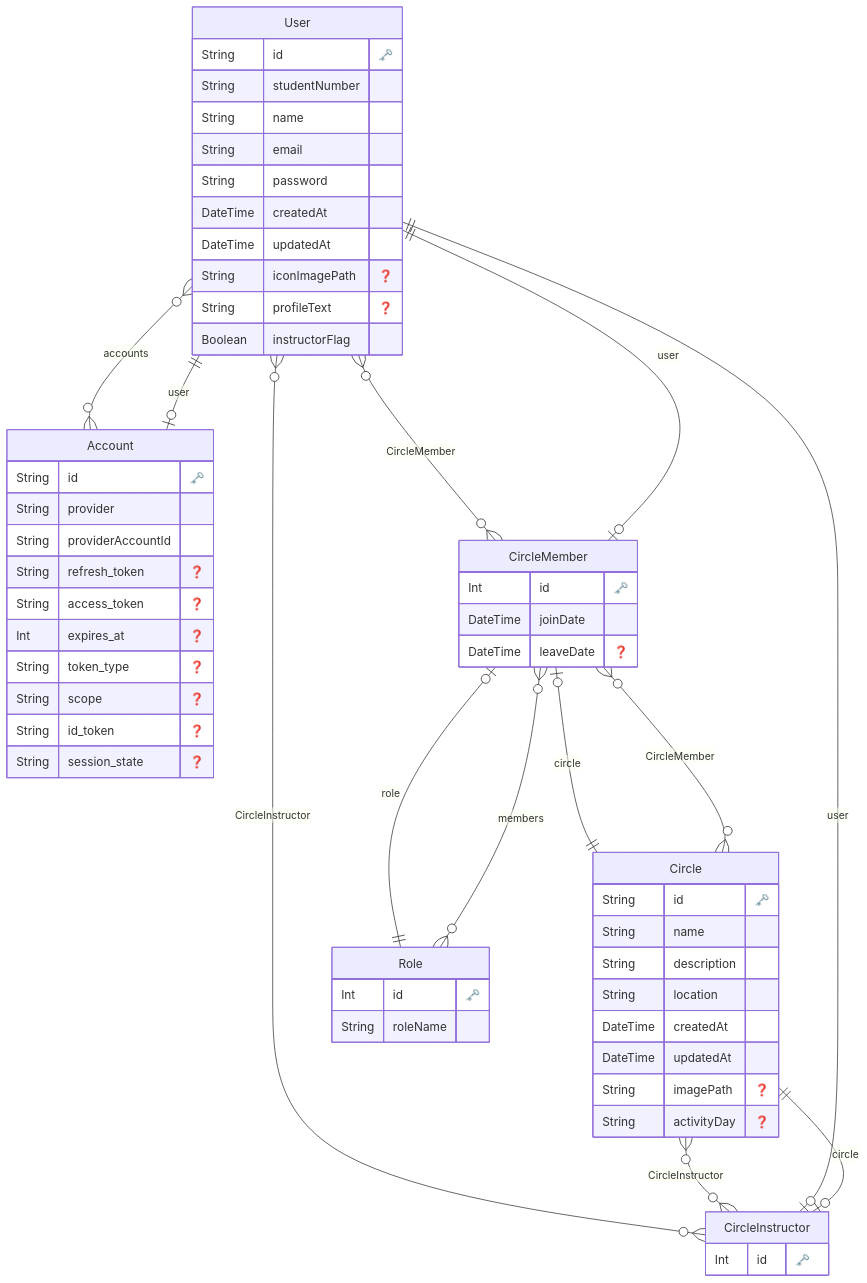
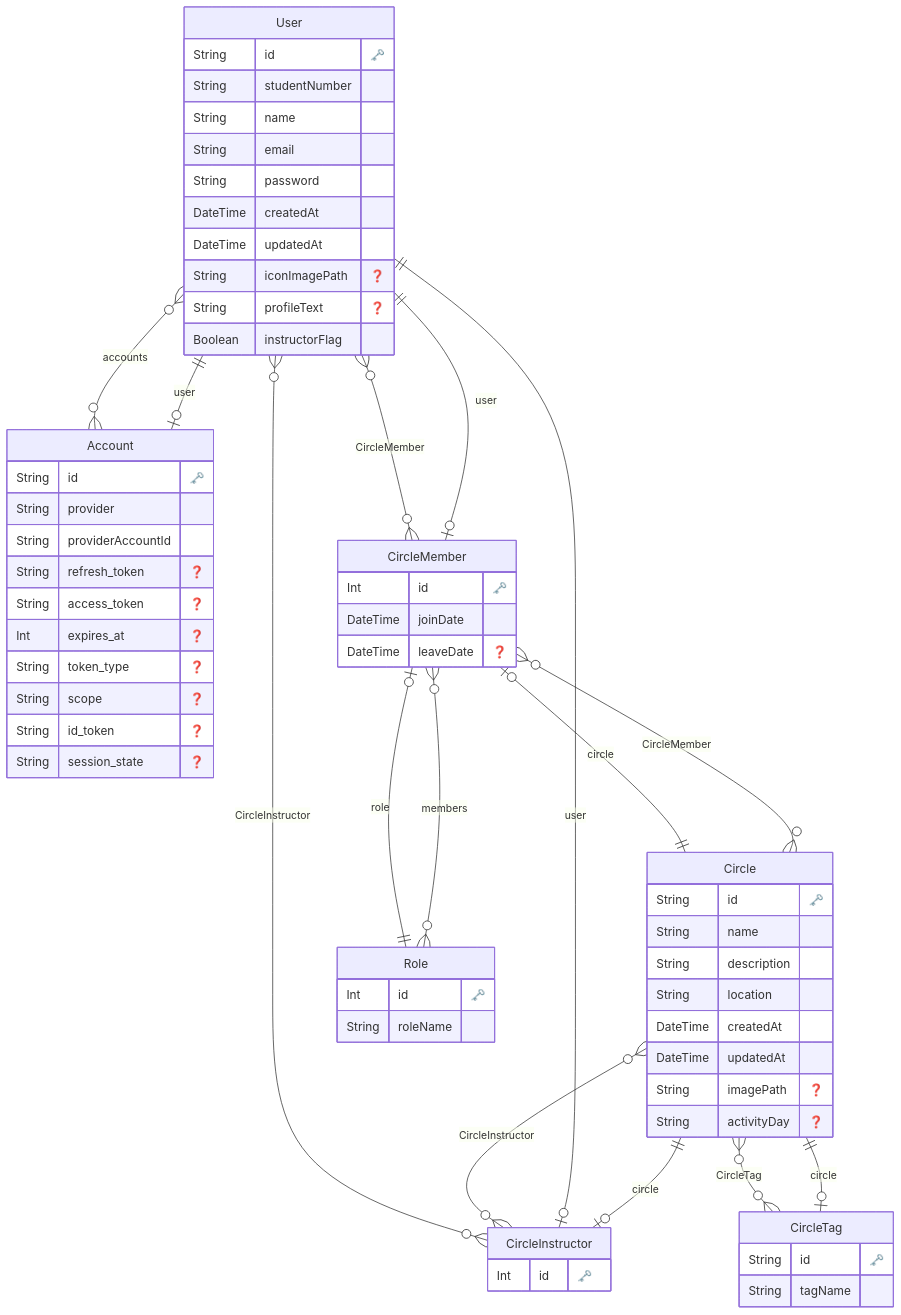
The diagram in prisma/ERD.md (ocs-amo/amo), drawn with Mermaid before and after one commit. The commit also changed 4 other files, not shown here.

````diff
--- a/prisma/ERD.md
+++ b/prisma/ERD.md
@@ -1,73 +1,81 @@
 ```mermaid
 erDiagram
 
   "User" {
     String id "🗝️"
     String studentNumber
     String name
     String email
     String password
     DateTime createdAt
     DateTime updatedAt
     String iconImagePath "❓"
     String profileText "❓"
     Boolean instructorFlag
     }
 
 
   "Account" {
     String id "🗝️"
     String provider
     String providerAccountId
     String refresh_token "❓"
     String access_token "❓"
     Int expires_at "❓"
     String token_type "❓"
     String scope "❓"
     String id_token "❓"
     String session_state "❓"
     }
 
 
   "Circle" {
     String id "🗝️"
     String name
     String description
     String location
     DateTime createdAt
     DateTime updatedAt
     String imagePath "❓"
     String activityDay "❓"
     }
 
 
   "CircleMember" {
     Int id "🗝️"
     DateTime joinDate
     DateTime leaveDate "❓"
     }
 
 
   "CircleInstructor" {
     Int id "🗝️"
     }
 
 
+  "CircleTag" {
+    String id "🗝️"
+    String tagName
+    }
+
+
   "Role" {
     Int id "🗝️"
     String roleName
     }
 
     "User" o{--}o "Account" : "accounts"
     "User" o{--}o "CircleMember" : "CircleMember"
     "User" o{--}o "CircleInstructor" : "CircleInstructor"
     "Account" o|--|| "User" : "user"
     "Circle" o{--}o "CircleMember" : "CircleMember"
     "Circle" o{--}o "CircleInstructor" : "CircleInstructor"
+    "Circle" o{--}o "CircleTag" : "CircleTag"
     "CircleMember" o|--|| "User" : "user"
     "CircleMember" o|--|| "Circle" : "circle"
     "CircleMember" o|--|| "Role" : "role"
     "CircleInstructor" o|--|| "User" : "user"
     "CircleInstructor" o|--|| "Circle" : "circle"
+    "CircleTag" o|--|| "Circle" : "circle"
     "Role" o{--}o "CircleMember" : "members"
 ```
````
